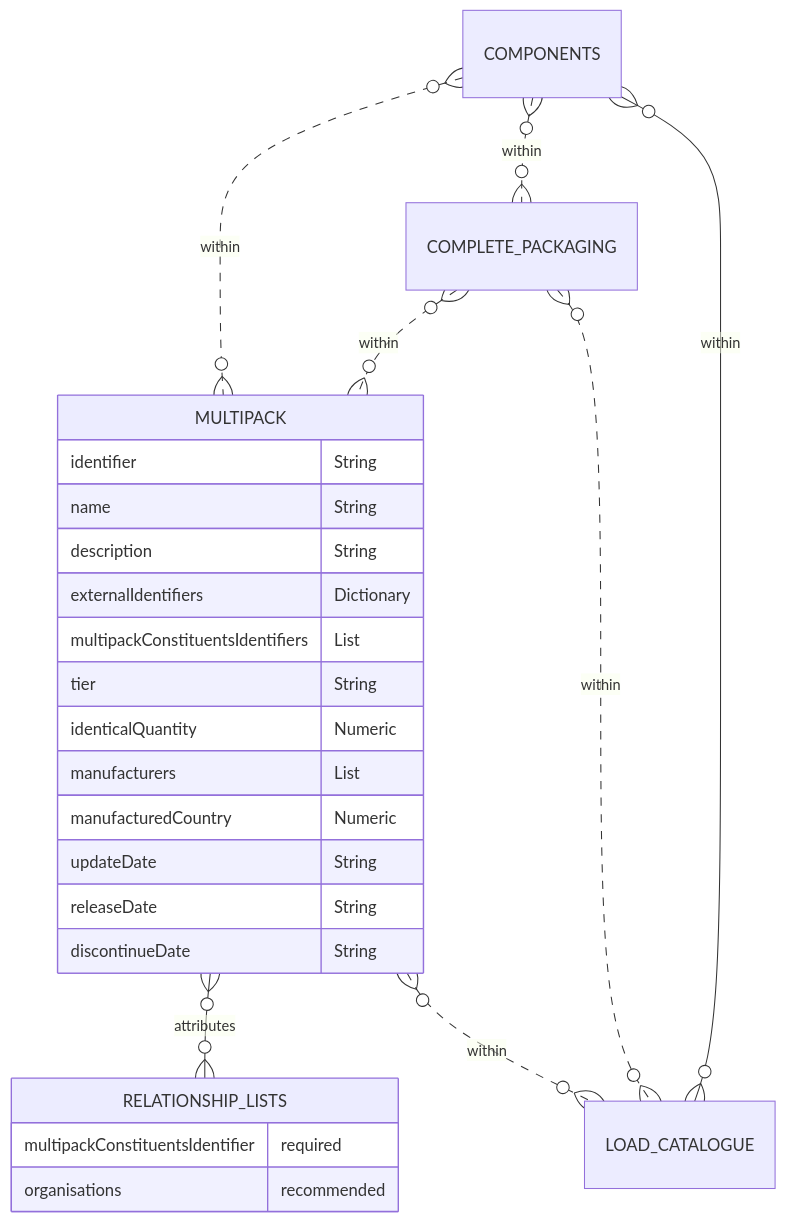
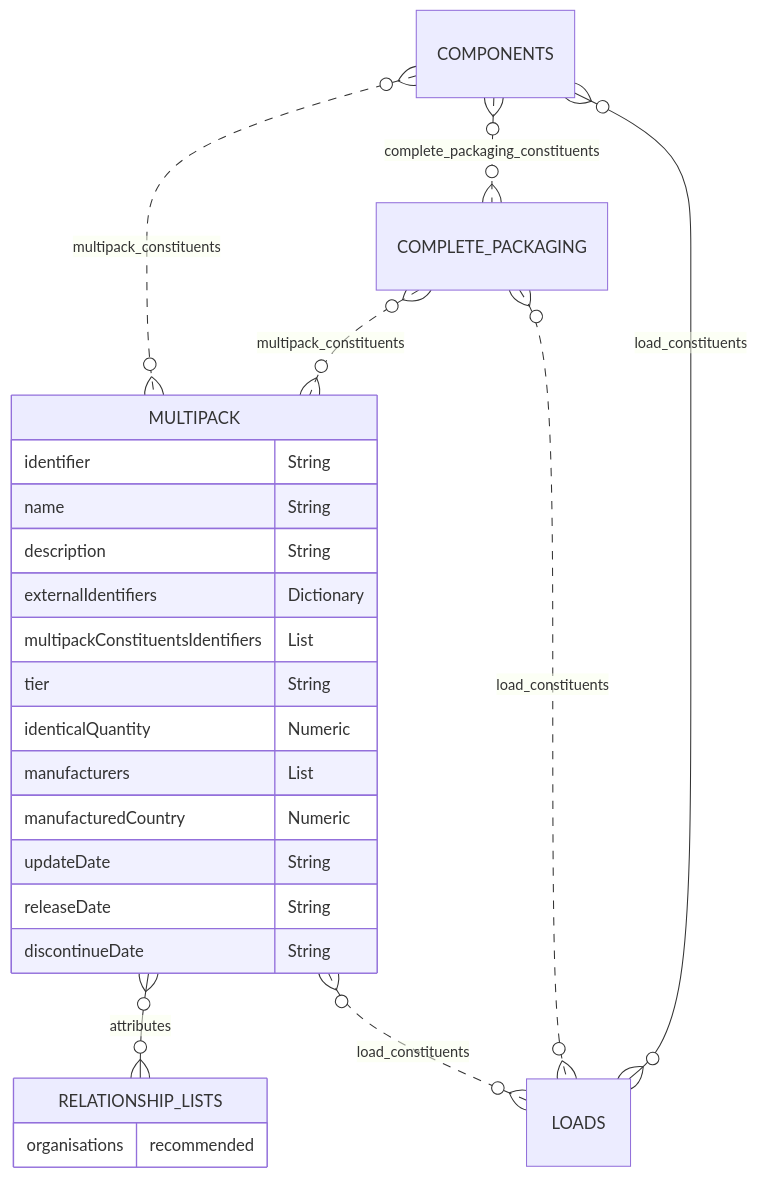
Before and after one commit to OpenDataManchester/Open3P: the diagram in docs/3_Data_Specification/3_5_Multipack.md, drawn with Mermaid.

Commit message:
Update Multipack with constituent joins

````diff
--- a/docs/3_Data_Specification/3_5_Multipack.md
+++ b/docs/3_Data_Specification/3_5_Multipack.md
@@ -30,28 +30,27 @@
 ``` mermaid
 erDiagram
-COMPONENTS }o..o{ MULTIPACK : within
-COMPONENTS }o..o{ COMPLETE_PACKAGING : within
-COMPLETE_PACKAGING }o..o{ MULTIPACK : within
+COMPONENTS }o..o{ MULTIPACK : multipack_constituents
+COMPONENTS }o..o{ COMPLETE_PACKAGING : complete_packaging_constituents
+COMPLETE_PACKAGING }o..o{ MULTIPACK : multipack_constituents
   MULTIPACK {
     identifier String
     name String
     description String
     externalIdentifiers Dictionary
     multipackConstituentsIdentifiers List
     tier String
     identicalQuantity Numeric
     manufacturers List
     manufacturedCountry Numeric
     updateDate String
     releaseDate String
     discontinueDate String
   }
   MULTIPACK }o--o{ RELATIONSHIP_LISTS : attributes
-  COMPLETE_PACKAGING }o..o{ LOAD_CATALOGUE : within
-  MULTIPACK }o..o{ LOAD_CATALOGUE : within
-  COMPONENTS }o--o{ LOAD_CATALOGUE : within
+  COMPLETE_PACKAGING }o..o{ LOADS : load_constituents
+  MULTIPACK }o..o{ LOADS : load_constituents
+  COMPONENTS }o--o{ LOADS : load_constituents
       RELATIONSHIP_LISTS {
-        multipackConstituentsIdentifier required
         organisations recommended
     }
 ```
````
